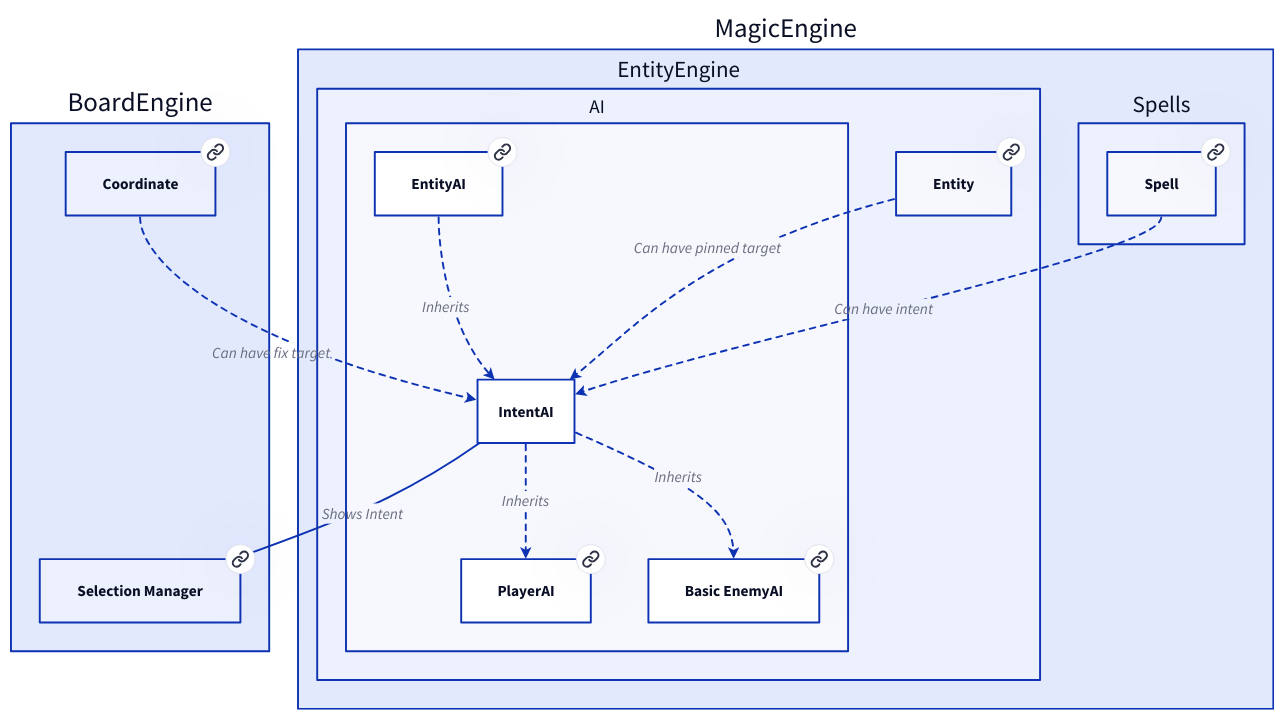
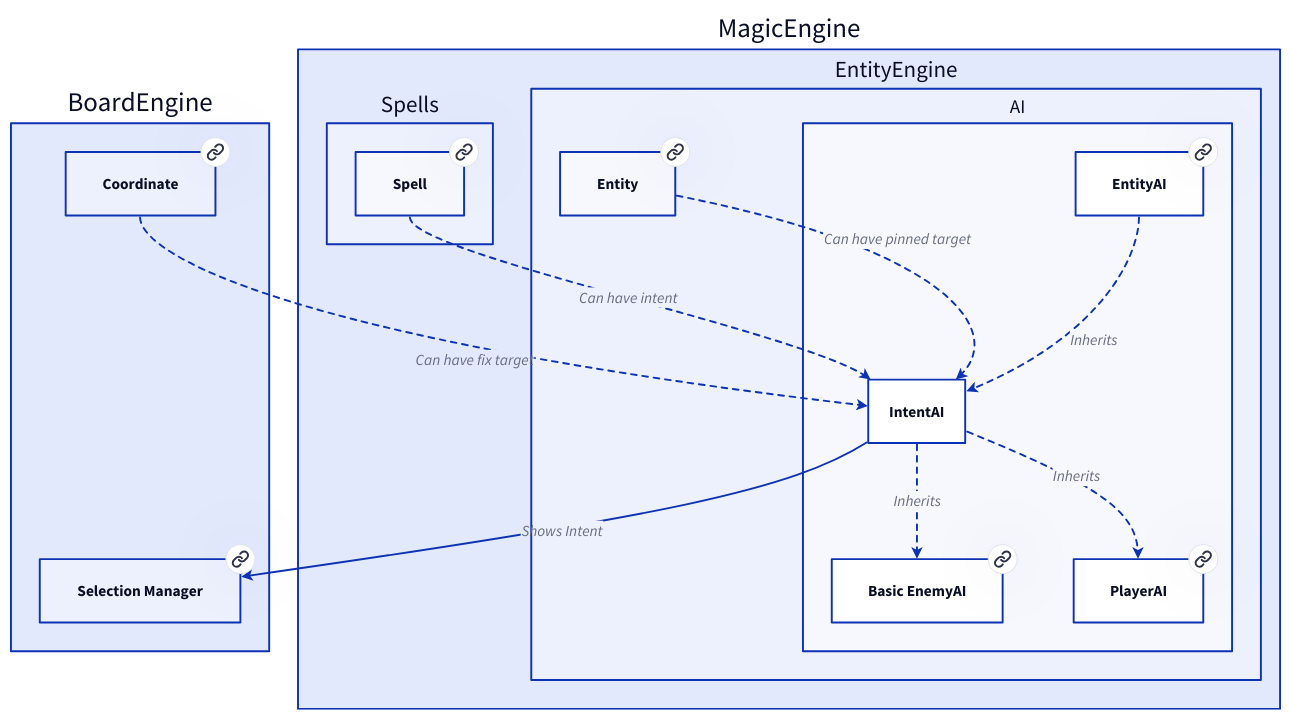
One commit to Portevent/Brume-Documentation changed the diagram in doc/MagicEngine/EntityEngine/AI/IntentAI.md. Above: the diagram before and after it, drawn with D2. The commit also changed other lines of this file and 90 other files, not shown here.

````diff
--- a/doc/MagicEngine/EntityEngine/AI/IntentAI.md
+++ b/doc/MagicEngine/EntityEngine/AI/IntentAI.md
@@ -13,65 +13,65 @@
 ```d2
 # Nodes :
 BoardEngine: {
     SelectionManager: Selection Manager {
        link: SelectionManager
     }
     Coordinate: Coordinate {
        link: Coordinate
     }
 }
 MagicEngine: {
+    Spells: {
+        Spell: Spell {
+           link: Spell
+        }
+    }
     EntityEngine: {
+        Entity: Entity {
+           link: Entity
+        }
         AI: {
-            PlayerAI: PlayerAI {
-               link: PlayerAI
-            }
             EntityAI: EntityAI {
                link: EntityAI
             }
             BasicEnemyAI: Basic EnemyAI {
                link: BasicEnemyAI
             }
-        }
-        Entity: Entity {
-           link: Entity
-        }
-    }
-    Spells: {
-        Spell: Spell {
-           link: Spell
+            PlayerAI: PlayerAI {
+               link: PlayerAI
+            }
         }
     }
 }
 
 # Links :
 MagicEngine.EntityEngine.AI.IntentAI -> BoardEngine.SelectionManager: Shows Intent {
 source-arrowhead: {}
 target-arrowhead: {shape: arrow}
 }
 MagicEngine.EntityEngine.AI.EntityAI -> MagicEngine.EntityEngine.AI.IntentAI: Inherits {style.stroke-dash: 3
 source-arrowhead: {}
 target-arrowhead: {shape: arrow}
 }
 MagicEngine.Spells.Spell -> MagicEngine.EntityEngine.AI.IntentAI: Can have intent {style.stroke-dash: 3
 source-arrowhead: {}
 target-arrowhead: {shape: arrow}
 }
 MagicEngine.EntityEngine.Entity -> MagicEngine.EntityEngine.AI.IntentAI: Can have pinned target {style.stroke-dash: 3
 source-arrowhead: {}
 target-arrowhead: {shape: arrow}
 }
 BoardEngine.Coordinate -> MagicEngine.EntityEngine.AI.IntentAI: Can have fix target {style.stroke-dash: 3
 source-arrowhead: {}
 target-arrowhead: {shape: arrow}
 }
-MagicEngine.EntityEngine.AI.IntentAI -> MagicEngine.EntityEngine.AI.PlayerAI: Inherits {style.stroke-dash: 3
+MagicEngine.EntityEngine.AI.IntentAI -> MagicEngine.EntityEngine.AI.BasicEnemyAI: Inherits {style.stroke-dash: 3
 source-arrowhead: {}
 target-arrowhead: {shape: arrow}
 }
-MagicEngine.EntityEngine.AI.IntentAI -> MagicEngine.EntityEngine.AI.BasicEnemyAI: Inherits {style.stroke-dash: 3
+MagicEngine.EntityEngine.AI.IntentAI -> MagicEngine.EntityEngine.AI.PlayerAI: Inherits {style.stroke-dash: 3
 source-arrowhead: {}
 target-arrowhead: {shape: arrow}
 }
 
 ```
````
